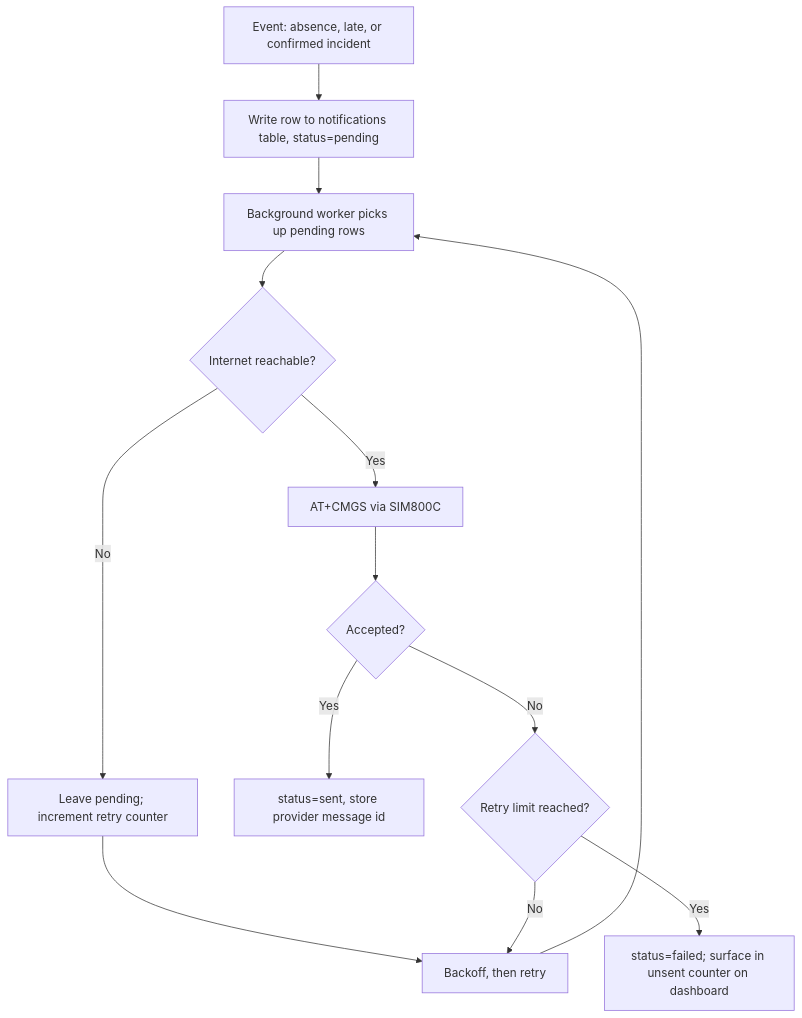
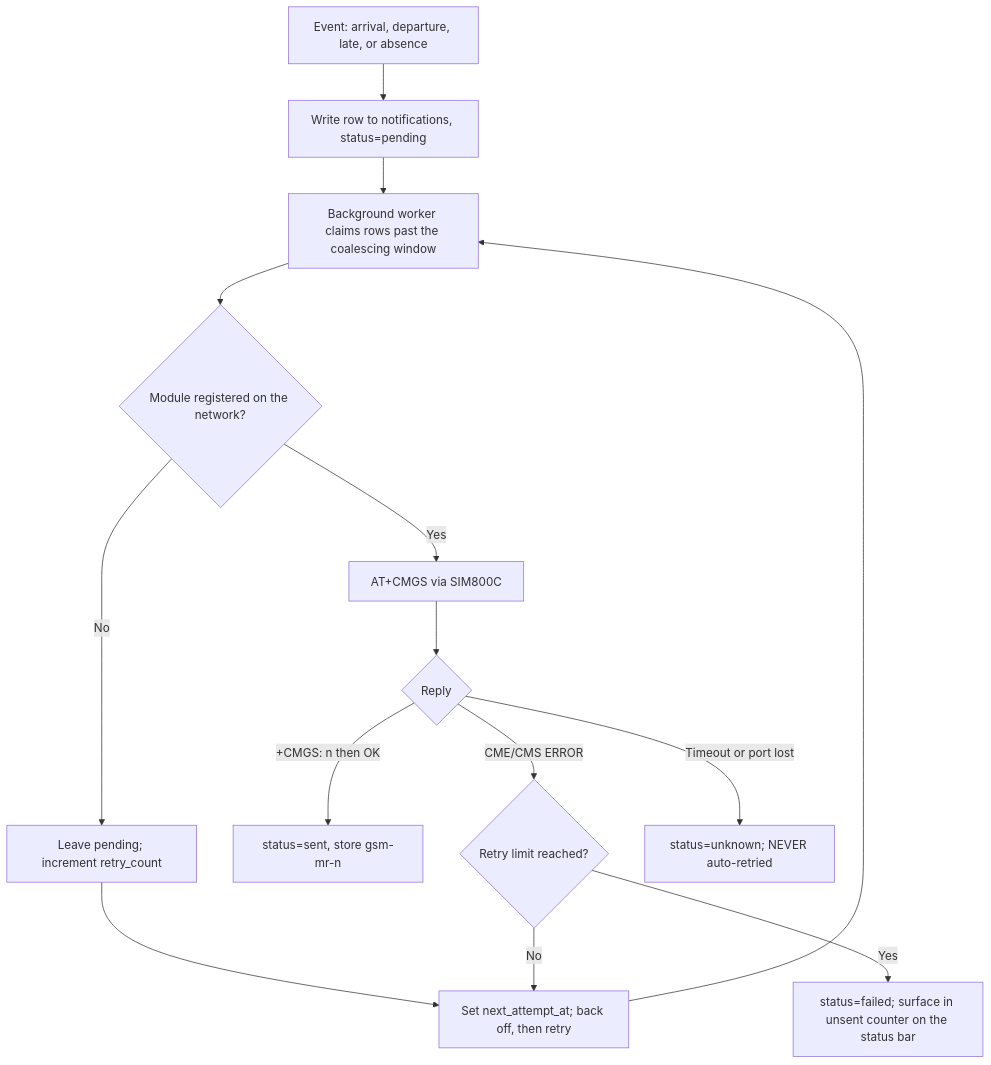
The second of 4 diagrams in docs/flow.md (paopao-GG/brshs-qr-attendance-system), drawn with Mermaid before and after one commit. The commit also changed other lines of this file and 31 other files, not shown here.

````diff
--- a/docs/flow.md
+++ b/docs/flow.md
@@ -137,15 +158,16 @@
 ```mermaid
 flowchart TD
-    A[Event: absence, late, or confirmed incident] --> B[Write row to notifications table, status=pending]
-    B --> C[Background worker picks up pending rows]
-    C --> D{Internet reachable?}
-    D -->|No| E[Leave pending; increment retry counter]
-    E --> F[Backoff, then retry]
+    A[Event: arrival, departure, late, or absence] --> B[Write row to notifications, status=pending]
+    B --> C[Background worker claims rows past the coalescing window]
+    C --> D{Module registered on the network?}
+    D -->|No| E[Leave pending; increment retry_count]
+    E --> F[Set next_attempt_at; back off, then retry]
     F --> C
     D -->|Yes| G[AT+CMGS via SIM800C]
-    G --> H{Accepted?}
-    H -->|Yes| I[status=sent, store provider message id]
-    H -->|No| J{Retry limit reached?}
+    G --> H{Reply}
+    H -->|+CMGS: n then OK| I[status=sent, store gsm-mr-n]
+    H -->|CME/CMS ERROR| J{Retry limit reached?}
+    H -->|Timeout or port lost| U[status=unknown; NEVER auto-retried]
     J -->|No| F
-    J -->|Yes| K[status=failed; surface in unsent counter on dashboard]
+    J -->|Yes| K[status=failed; surface in unsent counter on the status bar]
 ```
````
